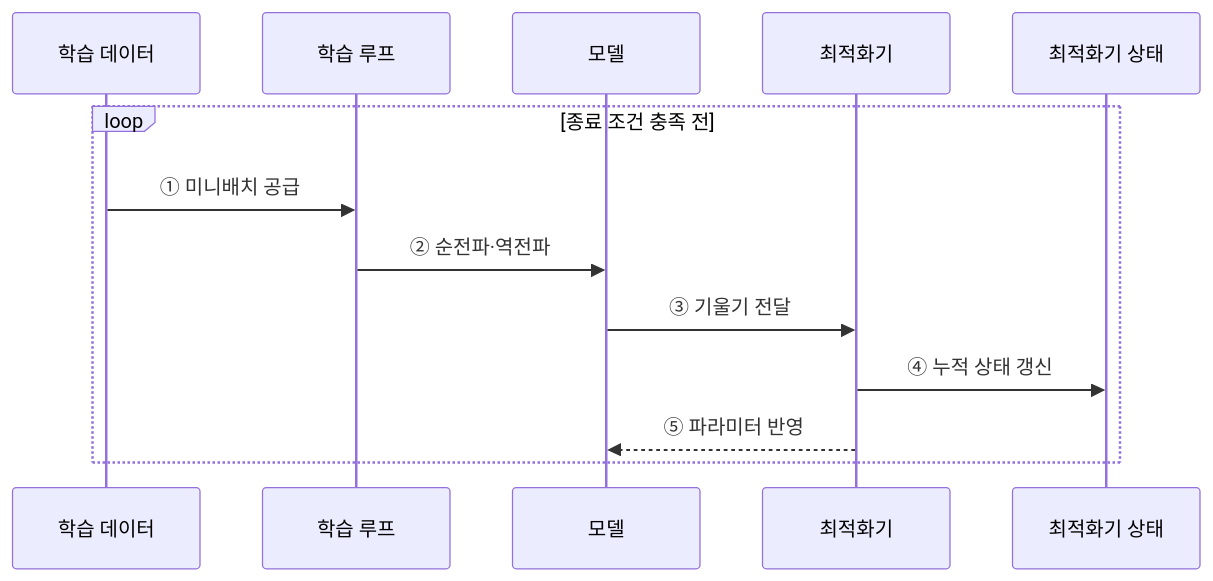
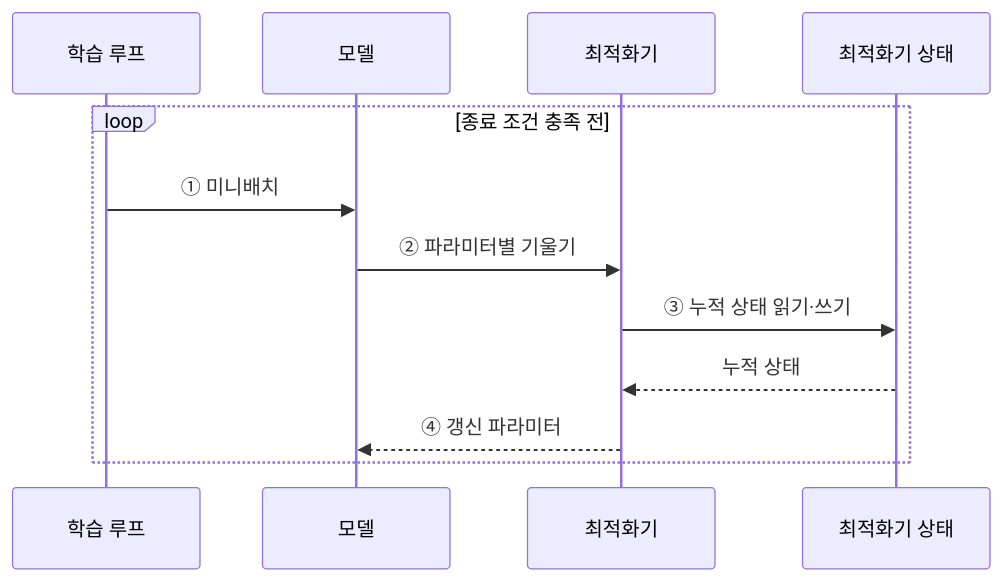
Before and after one commit to agnusdei1207/knowledge-base: the third of 3 diagrams in src/content/docs/notes/01-basic-theory/041_gradient_descent.md, drawn with Mermaid. The commit also changed other lines of this file and 11 other files, not shown here.

````diff
--- a/src/content/docs/notes/01-basic-theory/041_gradient_descent.md
+++ b/src/content/docs/notes/01-basic-theory/041_gradient_descent.md
@@ -120,15 +102,14 @@
 ```mermaid
 sequenceDiagram
-    participant D as 학습 데이터
     participant L as 학습 루프
     participant M as 모델
     participant O as 최적화기
     participant S as 최적화기 상태
     loop 종료 조건 충족 전
-        D->>L: ① 미니배치 공급
-        L->>M: ② 순전파·역전파
-        M->>O: ③ 기울기 전달
-        O->>S: ④ 누적 상태 갱신
-        O-->>M: ⑤ 파라미터 반영
+        L->>M: ① 미니배치
+        M->>O: ② 파라미터별 기울기
+        O->>S: ③ 누적 상태 읽기·쓰기
+        S-->>O: 누적 상태
+        O-->>M: ④ 갱신 파라미터
     end
 ```
````
